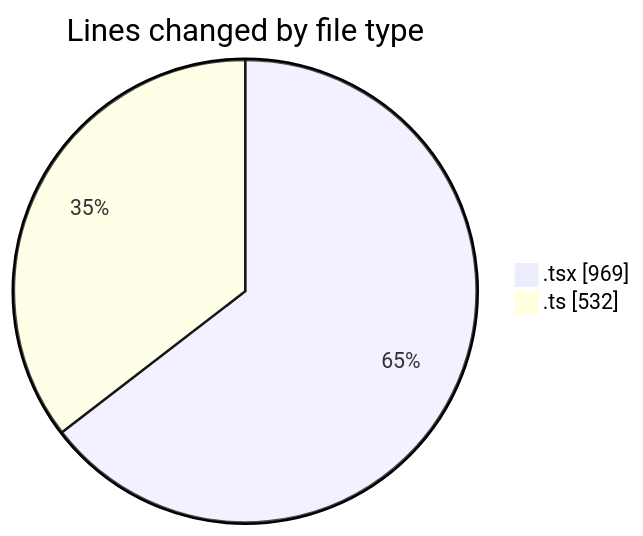
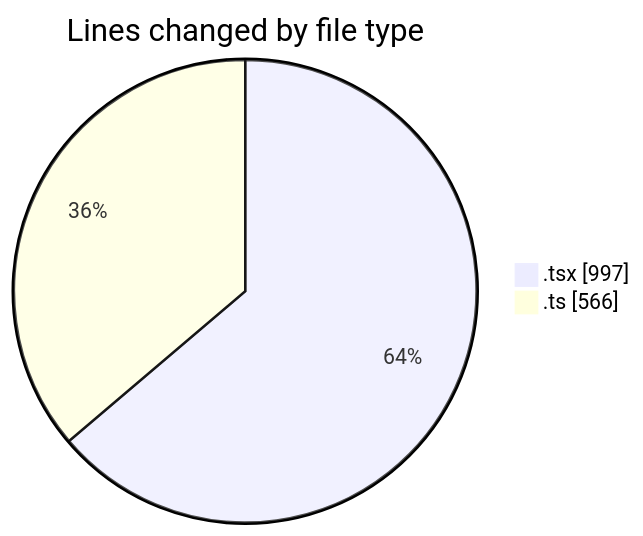
The first of 2 diagrams in 2025-07-11/cda/README.md (momahboobian/code-tracking), drawn with Mermaid before and after one commit. The commit also changed other lines of this file and 1 other file, not shown here.

````diff
--- a/2025-07-11/cda/README.md
+++ b/2025-07-11/cda/README.md
@@ -24,6 +25,6 @@
 ```mermaid
 pie showData
 title Lines changed by file type
-".tsx" : 969
-".ts" : 532
+".tsx" : 997
+".ts" : 566
 ```
````
